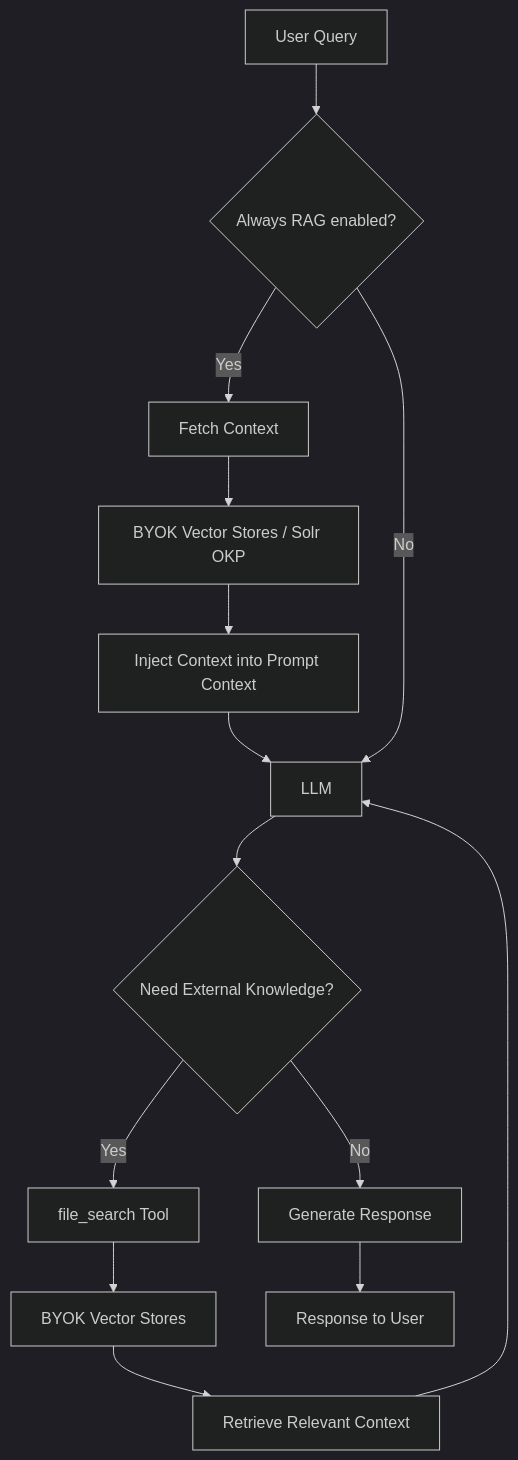
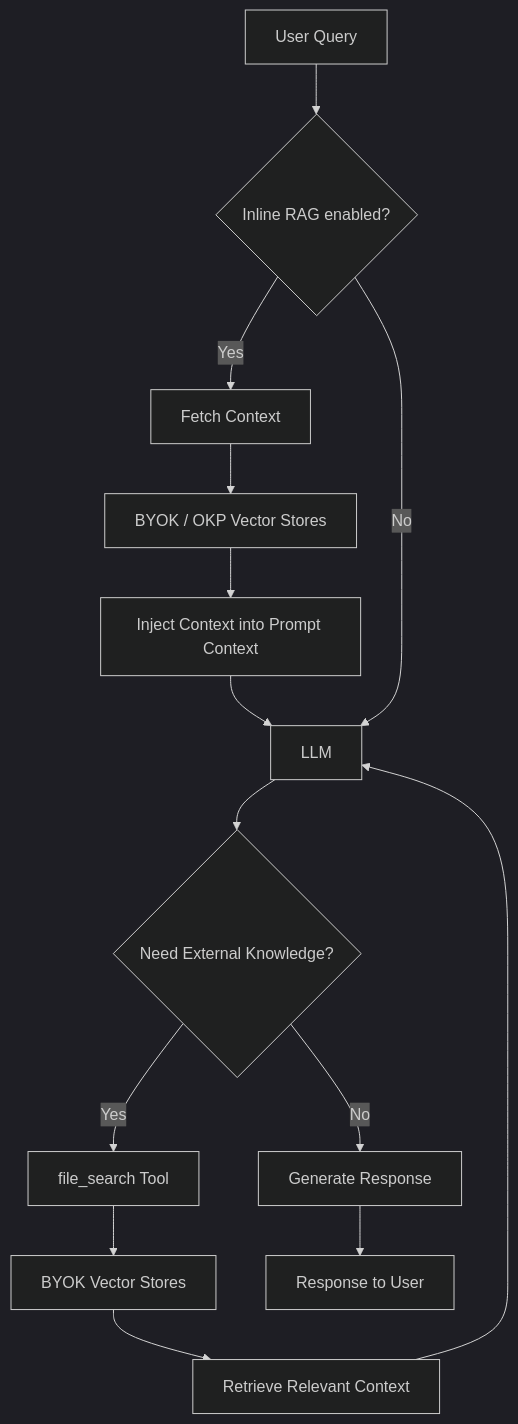
Before and after one commit to lightspeed-core/lightspeed-stack: the second of 2 diagrams in docs/byok_guide.md, drawn with Mermaid (dark theme). The commit also changed other lines of this file and 18 other files, not shown here.

Commit message:
Address review: rename always RAG to inline RAG, Solr config to OKP, fix query mutation

````diff
--- a/docs/byok_guide.md
+++ b/docs/byok_guide.md
@@ -59,16 +59,16 @@
 ```mermaid
 graph TD
-    A[User Query] --> P{Always RAG enabled?}
+    A[User Query] --> P{Inline RAG enabled?}
     P -->|Yes| Q[Fetch Context]
-    Q --> R[BYOK Vector Stores / Solr OKP]
+    Q --> R[BYOK / OKP Vector Stores]
     R --> S[Inject Context into Prompt Context]
     S --> B[LLM]
     P -->|No| B
     B --> C{Need External Knowledge?}
     C -->|Yes| D[file_search Tool]
     C -->|No| E[Generate Response]
     D --> F[BYOK Vector Stores]
     F --> G[Retrieve Relevant Context]
     G --> B
     E --> H[Response to User]
 ```
````
